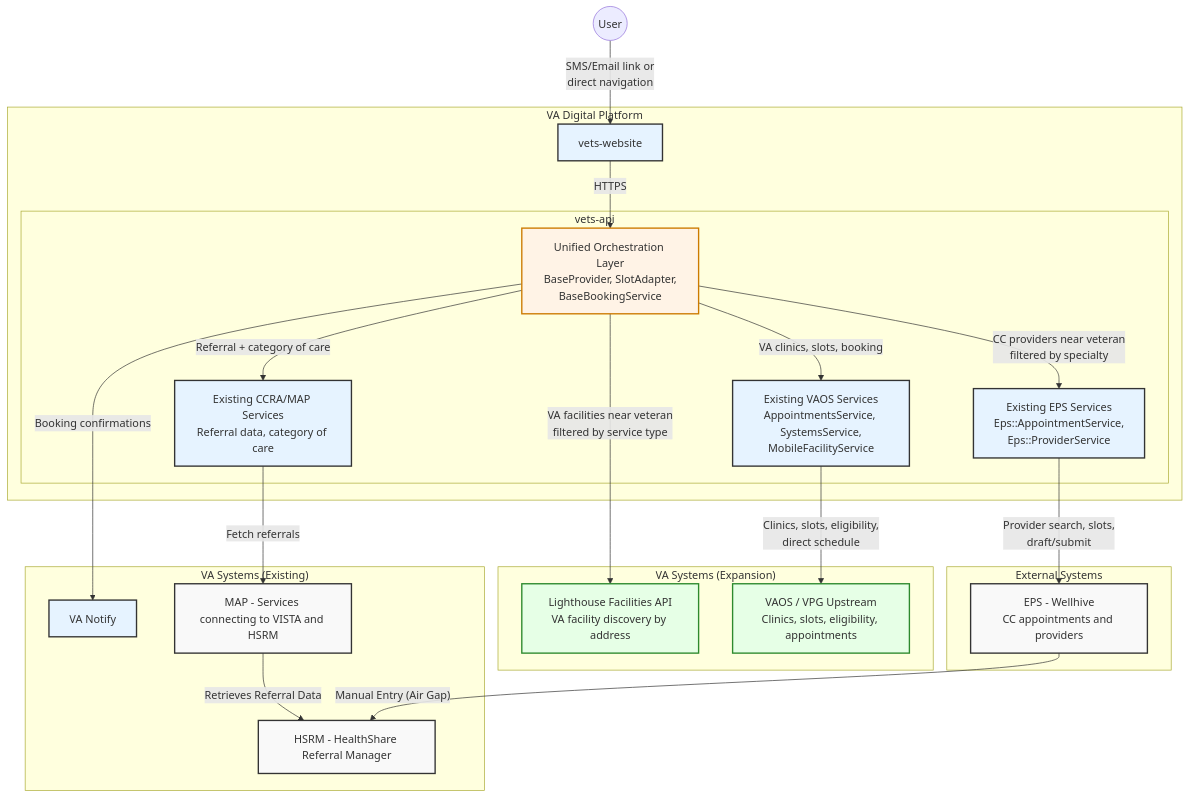
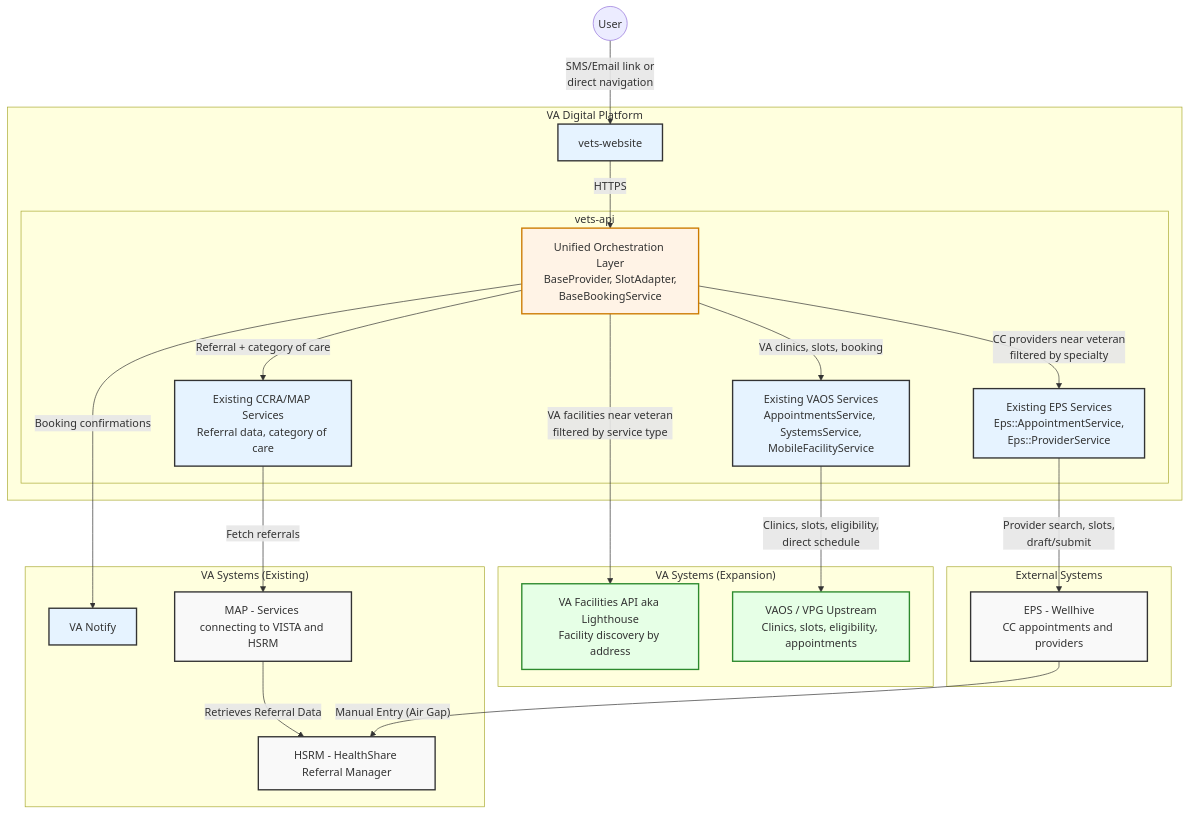
Before and after one commit to Ninjaneer321/va.gov-team: the second of 11 diagrams in products/health-care/appointments/va-online-scheduling/engineering/architecture/cc-direct-scheduling/community-care-technical-documentation.md, drawn with Mermaid. The commit also changed other lines of this file, not shown here.

````diff
--- a/products/health-care/appointments/va-online-scheduling/engineering/architecture/cc-direct-scheduling/community-care-technical-documentation.md
+++ b/products/health-care/appointments/va-online-scheduling/engineering/architecture/cc-direct-scheduling/community-care-technical-documentation.md
@@ -66,55 +66,55 @@
 ```mermaid
 graph TB
     User((User))
 
     subgraph "VA Systems (Existing)"
         VA_NOTIFY[VA Notify]
         MAP[MAP - Services connecting to VISTA and HSRM]
         HSRM[HSRM - HealthShare Referral Manager]
     end
 
     subgraph "VA Systems (Expansion)"
-        LIGHTHOUSE[Lighthouse Facilities API<br/>VA facility discovery by address]
+        LIGHTHOUSE[VA Facilities API aka Lighthouse<br/>Facility discovery by address]
         VAOS_UPSTREAM[VAOS / VPG Upstream<br/>Clinics, slots, eligibility, appointments]
     end
 
     subgraph "External Systems"
         EPS[EPS - Wellhive<br/>CC appointments and providers]
     end
 
     subgraph "VA Digital Platform"
         VW[vets-website]
         subgraph "vets-api"
             VA_API_EXISTING[Existing VAOS Services<br/>AppointmentsService, SystemsService,<br/>MobileFacilityService]
             VA_API_EPS[Existing EPS Services<br/>Eps::AppointmentService,<br/>Eps::ProviderService]
             VA_API_CCRA[Existing CCRA/MAP Services<br/>Referral data, category of care]
             VA_API_UNIFIED[Unified Orchestration Layer<br/>BaseProvider, SlotAdapter,<br/>BaseBookingService]
         end
     end
 
     User -->|SMS/Email link or<br/>direct navigation| VW
     VW -->|HTTPS| VA_API_UNIFIED
 
     VA_API_UNIFIED -->|Referral + category of care| VA_API_CCRA
     VA_API_CCRA -->|Fetch referrals| MAP
     MAP -->|Retrieves Referral Data| HSRM
 
     VA_API_UNIFIED -->|VA facilities near veteran<br/>filtered by service type| LIGHTHOUSE
     VA_API_UNIFIED -->|VA clinics, slots, booking| VA_API_EXISTING
     VA_API_UNIFIED -->|CC providers near veteran<br/>filtered by specialty| VA_API_EPS
 
     VA_API_EXISTING -->|Clinics, slots, eligibility,<br/>direct schedule| VAOS_UPSTREAM
     VA_API_EPS -->|Provider search, slots,<br/>draft/submit| EPS
 
     VA_API_UNIFIED -->|Booking confirmations| VA_NOTIFY
     EPS -- "Manual Entry (Air Gap)" --> HSRM
 
     classDef vaSystem fill:#e6f3ff,stroke:#333,stroke-width:2px;
     classDef expansion fill:#e6ffe6,stroke:#2d8a2d,stroke-width:2px;
     classDef external fill:#f9f9f9,stroke:#333,stroke-width:2px;
     classDef unified fill:#fff3e6,stroke:#cc7a00,stroke-width:2px;
     class VW,VA_NOTIFY,VA_API_EXISTING,VA_API_EPS,VA_API_CCRA vaSystem;
     class LIGHTHOUSE,VAOS_UPSTREAM expansion;
     class MAP,EPS,HSRM external;
     class VA_API_UNIFIED unified;
 ```
````
